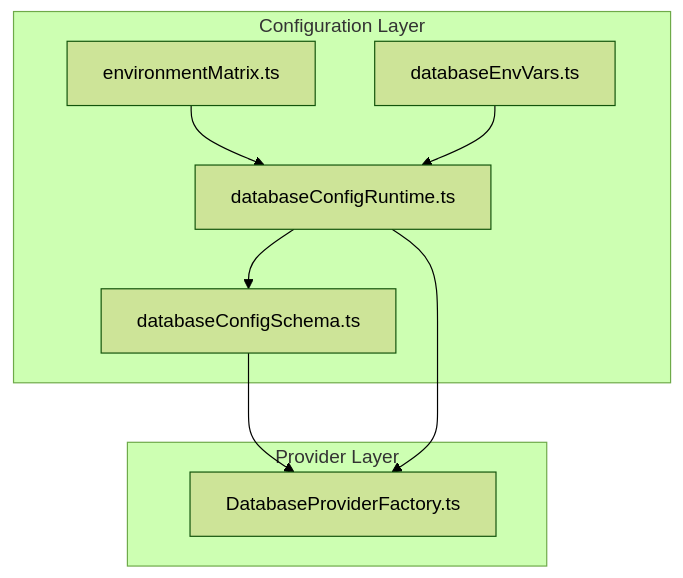
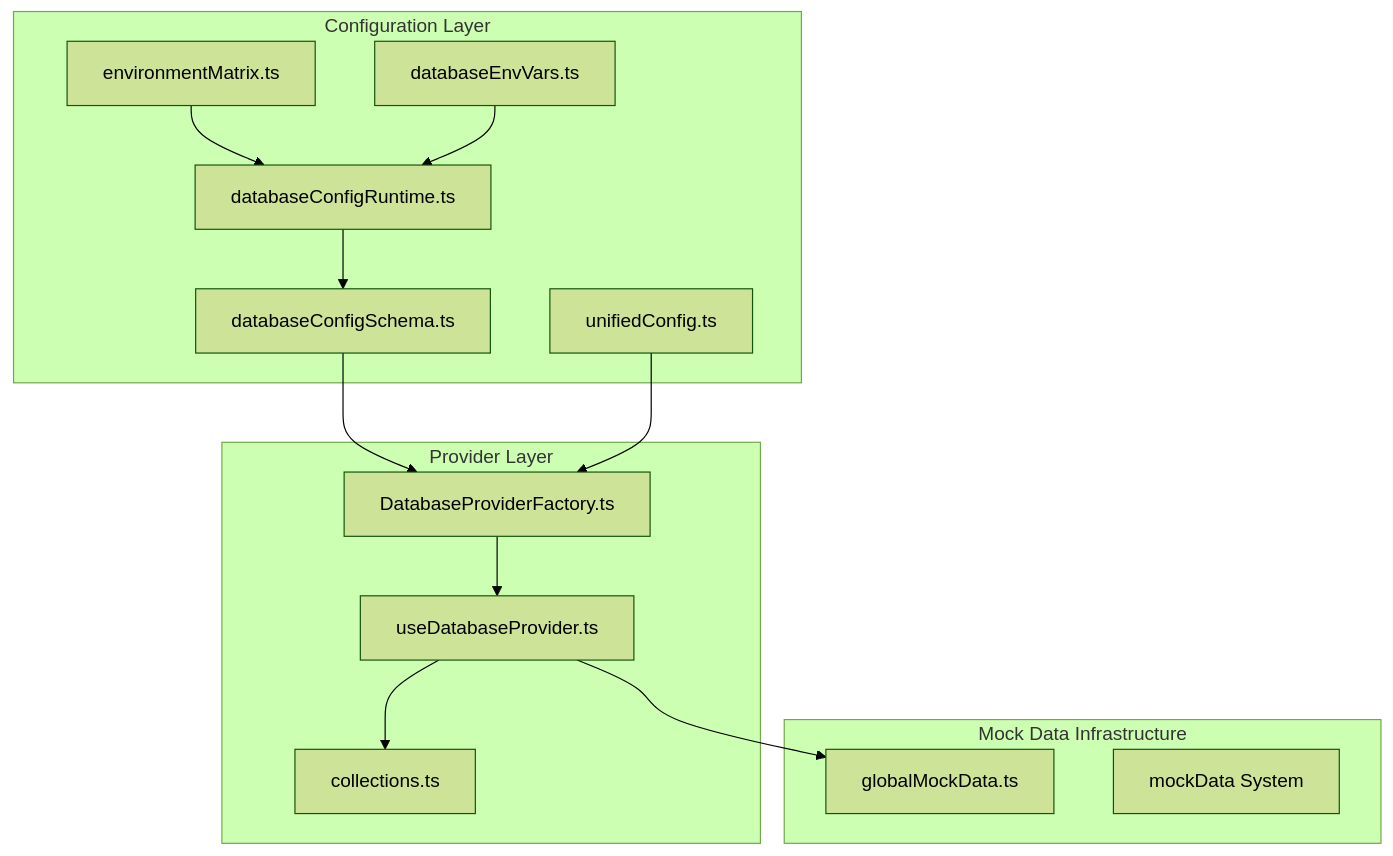
One commit to geniusdynamics/schoolpilot changed the first of 6 diagrams in .qoder/repowiki/en/content/Data Layer/Database Providers/Database Providers.md. Above: the diagram before and after it, drawn with Mermaid (forest theme). The commit also changed other lines of this file and 54 other files, not shown here.

````diff
--- a/.qoder/repowiki/en/content/Data Layer/Database Providers/Database Providers.md
+++ b/.qoder/repowiki/en/content/Data Layer/Database Providers/Database Providers.md
@@ -37,17 +49,27 @@
 ```mermaid
 graph TB
 subgraph "Configuration Layer"
 EM["environmentMatrix.ts"]
 DCS["databaseConfigSchema.ts"]
 DCR["databaseConfigRuntime.ts"]
 DEV["databaseEnvVars.ts"]
+UC["unifiedConfig.ts"]
 end
 subgraph "Provider Layer"
 DPFF["DatabaseProviderFactory.ts"]
+USDP["useDatabaseProvider.ts"]
+COL["collections.ts"]
+end
+subgraph "Mock Data Infrastructure"
+GMD["globalMockData.ts"]
+MDS["mockData System"]
 end
 EM --> DCR
 DCR --> DCS
 DCS --> DPFF
 DEV --> DCR
-DCR --> DPFF
+UC --> DPFF
+DPFF --> USDP
+USDP --> COL
+USDP --> GMD
 ```
````
